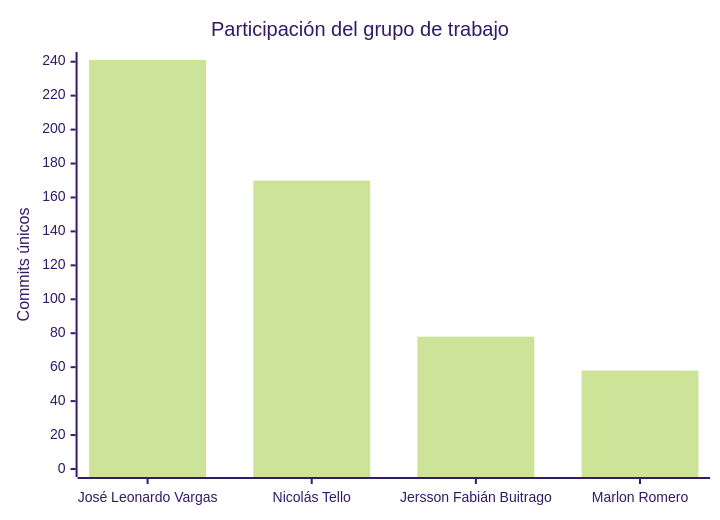
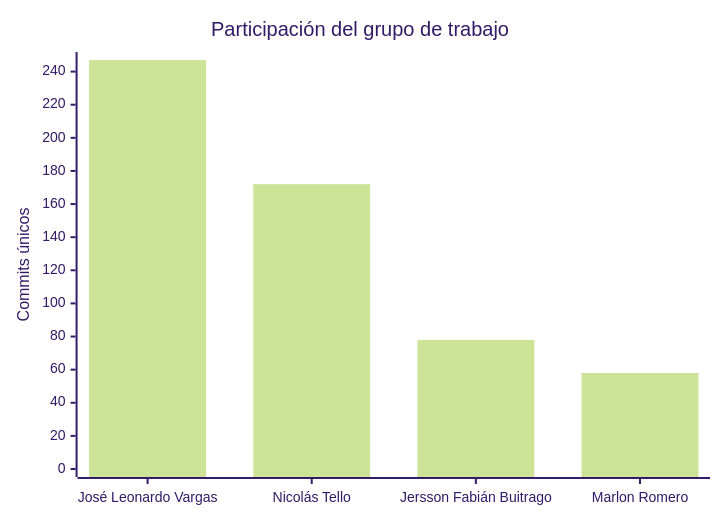
Before and after one commit to FarmaExpres/FarmaExpres: the second of 2 diagrams in README.md, drawn with Mermaid (forest theme). The commit also changed other lines of this file and 1 other file, not shown here.

````diff
--- a/README.md
+++ b/README.md
@@ -401,7 +401,7 @@
 ```mermaid
 xychart-beta
     title "Participación del grupo de trabajo"
     x-axis ["José Leonardo Vargas", "Nicolás Tello", "Jersson Fabián Buitrago", "Marlon Romero"]
-    y-axis "Commits únicos" 0 --> 241
-    bar [241, 170, 78, 58]
+    y-axis "Commits únicos" 0 --> 247
+    bar [247, 172, 78, 58]
 ```
````
